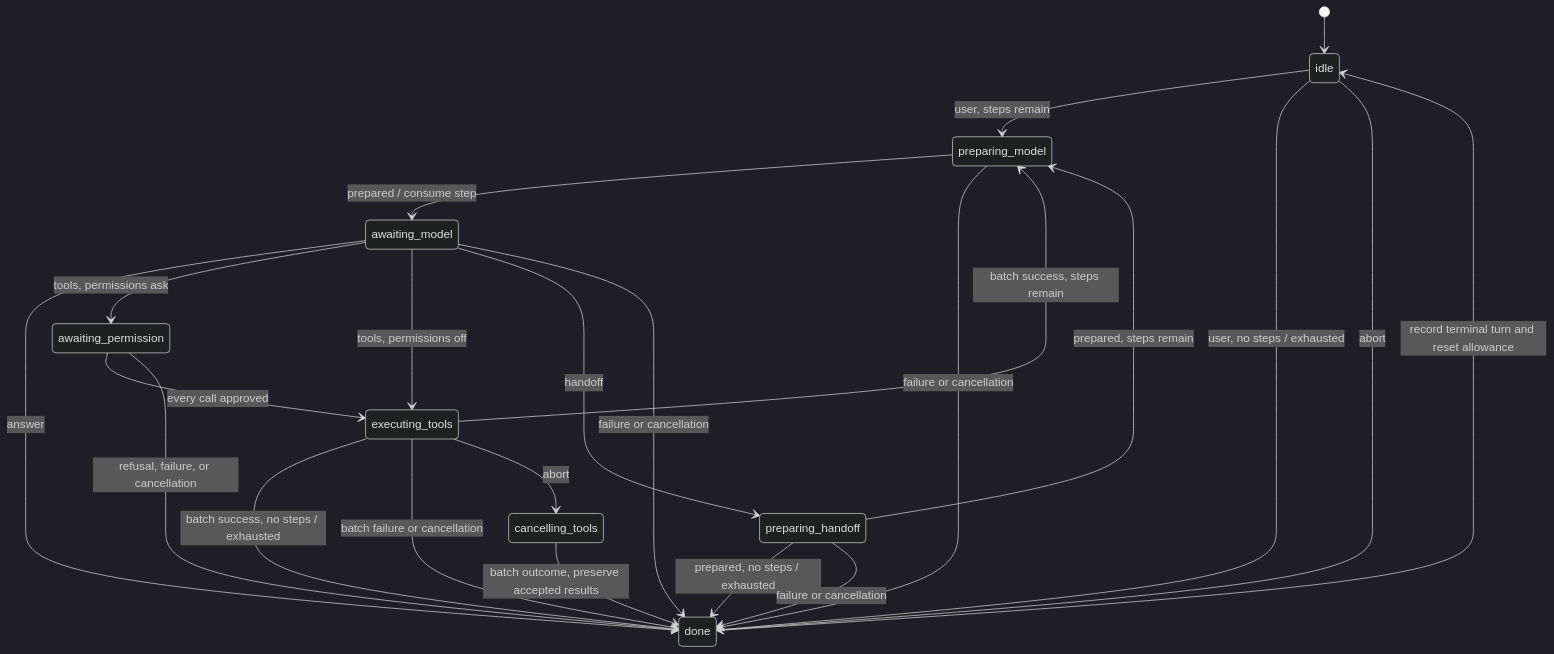
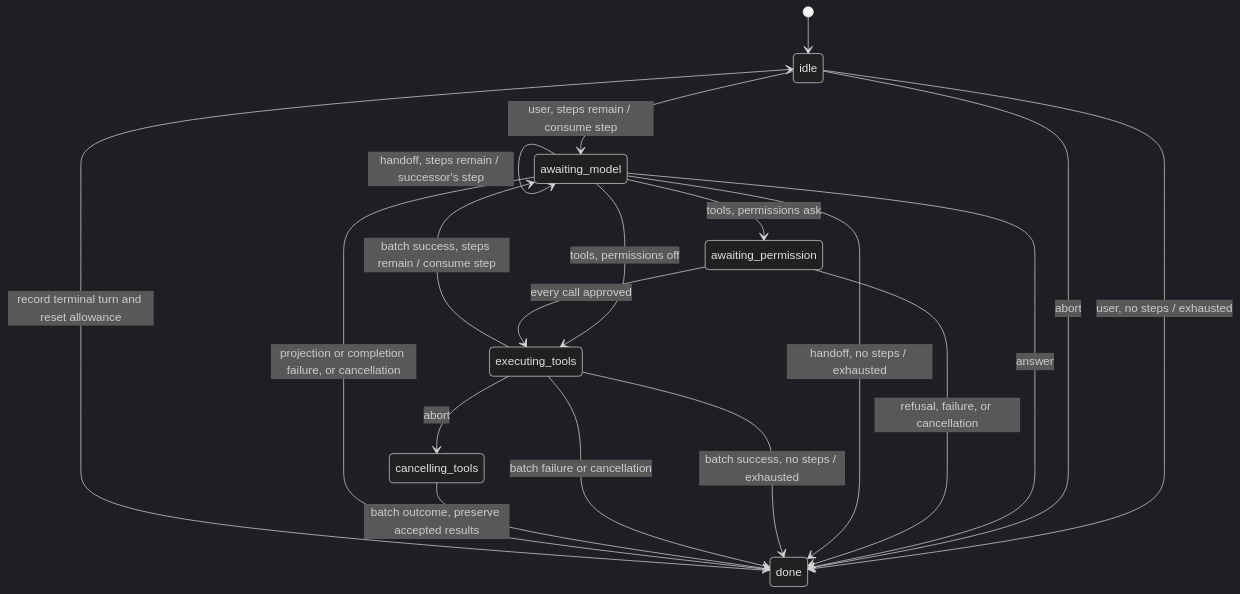
Before and after one commit to danbarua/labkit-agent: the first of 4 diagrams in docs/agent-flow-diagrams.md, drawn with Mermaid (dark theme). The commit also changed other lines of this file and 13 other files, not shown here.

First line of the commit message:
docs(core): journal records facts only; step = projection + LLM call

````diff
--- a/docs/agent-flow-diagrams.md
+++ b/docs/agent-flow-diagrams.md
@@ -10,25 +10,21 @@
 ```mermaid
 stateDiagram-v2
   [*] --> idle
-  idle --> preparing_model: user, steps remain
+  idle --> awaiting_model: user, steps remain / consume step
   idle --> done: user, no steps / exhausted
   idle --> done: abort
-  preparing_model --> awaiting_model: prepared / consume step
   awaiting_model --> done: answer
   awaiting_model --> awaiting_permission: tools, permissions ask
   awaiting_model --> executing_tools: tools, permissions off
   awaiting_permission --> executing_tools: every call approved
   awaiting_permission --> done: refusal, failure, or cancellation
-  awaiting_model --> preparing_handoff: handoff
-  preparing_handoff --> preparing_model: prepared, steps remain
-  preparing_handoff --> done: prepared, no steps / exhausted
-  executing_tools --> preparing_model: batch success, steps remain
+  awaiting_model --> awaiting_model: handoff, steps remain / successor's step
+  awaiting_model --> done: handoff, no steps / exhausted
+  executing_tools --> awaiting_model: batch success, steps remain / consume step
   executing_tools --> done: batch success, no steps / exhausted
   executing_tools --> done: batch failure or cancellation
   executing_tools --> cancelling_tools: abort
   cancelling_tools --> done: batch outcome, preserve accepted results
-  preparing_model --> done: failure or cancellation
-  awaiting_model --> done: failure or cancellation
-  preparing_handoff --> done: failure or cancellation
+  awaiting_model --> done: projection or completion failure, or cancellation
   done --> idle: record terminal turn and reset allowance
 ```
````
